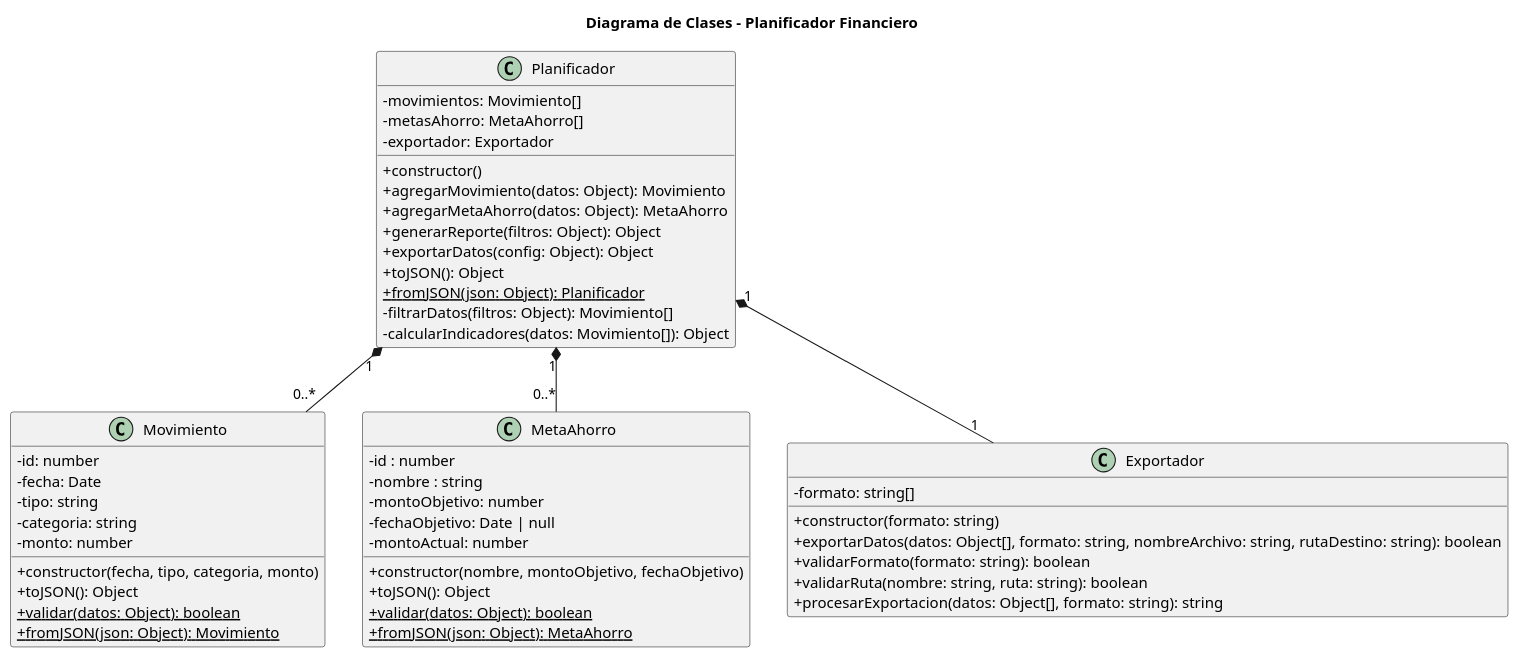
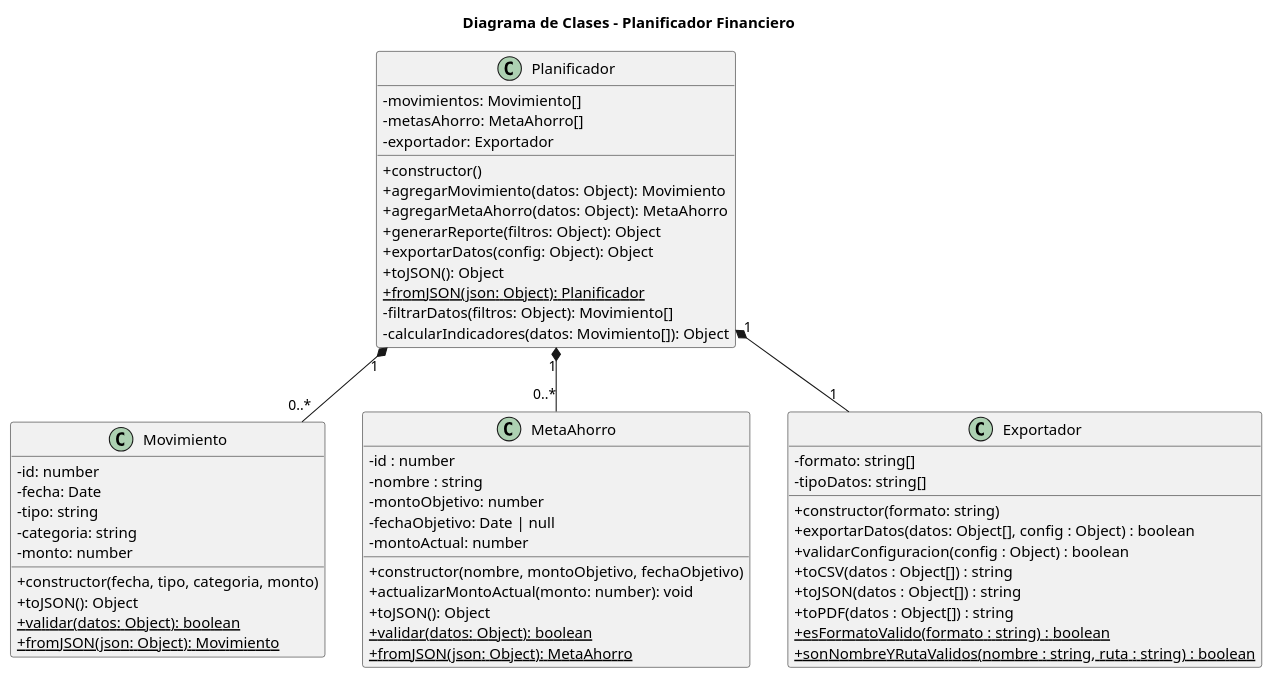
Before and after one commit to fioremos/simulador-planificacion-financiera: the diagram in docs/04-diagramas/02-diagrama-de-clases/diagramas-clases.puml, drawn with PlantUML. The commit also changed 5 other files, not shown here.

Commit message:
Agrego codigo de las clases y modifico el diagrama

```diff
--- a/docs/04-diagramas/02-diagrama-de-clases/diagramas-clases.puml
+++ b/docs/04-diagramas/02-diagrama-de-clases/diagramas-clases.puml
@@ -1,70 +1,74 @@
 @startuml DiagramaClasesPlanificadorFinanciero
 skinparam classAttributeIconSize 0
 hide empty members
 title Diagrama de Clases - Planificador Financiero
 
 ' --- Clases de Dominio (Modelos) ---
 
 class Movimiento {
   - id: number
   - fecha: Date
   - tipo: string
   - categoria: string
   - monto: number
   + constructor(fecha, tipo, categoria, monto)
   + toJSON(): Object
   + {static} validar(datos: Object): boolean
   + {static} fromJSON(json: Object): Movimiento
 }
 class MetaAhorro {
     - id : number
     - nombre : string
     - montoObjetivo: number
     - fechaObjetivo: Date | null
     - montoActual: number
     + constructor(nombre, montoObjetivo, fechaObjetivo)
+    + actualizarMontoActual(monto: number): void
     + toJSON(): Object
     + {static} validar(datos: Object): boolean
     + {static} fromJSON(json: Object): MetaAhorro
 }
 class Exportador {
     - formato: string[]
+    - tipoDatos: string[]
     + constructor(formato: string)
-    + exportarDatos(datos: Object[], formato: string, nombreArchivo: string, rutaDestino: string): boolean
-    + validarFormato(formato: string): boolean
-    + validarRuta(nombre: string, ruta: string): boolean
-    + procesarExportacion(datos: Object[], formato: string): string
+    + exportarDatos(datos: Object[], config : Object) : boolean
+    + validarConfiguracion(config : Object) : boolean
+    + toCSV(datos : Object[]) : string
+    + toJSON(datos : Object[]) : string
+    + toPDF(datos : Object[]) : string
+    + {static} esFormatoValido(formato : string) : boolean
+    + {static} sonNombreYRutaValidos(nombre : string, ruta : string) : boolean
 }
 
 ' --- Clase de Lógica de Negocio (Controlador) ---
 class Planificador{
     - movimientos: Movimiento[]
     - metasAhorro: MetaAhorro[]
     - exportador: Exportador
     + constructor()
     + agregarMovimiento(datos: Object): Movimiento
     + agregarMetaAhorro(datos: Object): MetaAhorro
     + generarReporte(filtros: Object): Object
     + exportarDatos(config: Object): Object
     + toJSON(): Object
     + {static} fromJSON(json: Object): Planificador
-' Métodos privados para lógica interna 
     - filtrarDatos(filtros: Object): Movimiento[]
     - calcularIndicadores(datos: Movimiento[]): Object
 }
 ' --- Relaciones ---
 
 ' Relación de Composición:
 ' Un Planificador "posee" una colección de 0 o más Movimientos.
 ' Si se destruye el Planificador, la colección de movimientos también.
 Planificador "1" *-- "0..*" Movimiento 
 
 ' Relación de Composición:
 ' Un Planificador "posee" una colección de 0 o más Metas.
 Planificador "1" *-- "0..*" MetaAhorro 
 
 ' Relación de Composicion:
 ' El planificador utiliza un exportador para manejar la exportación de datos.
 Planificador "1" *-- "1" Exportador 
 
 @enduml
```
